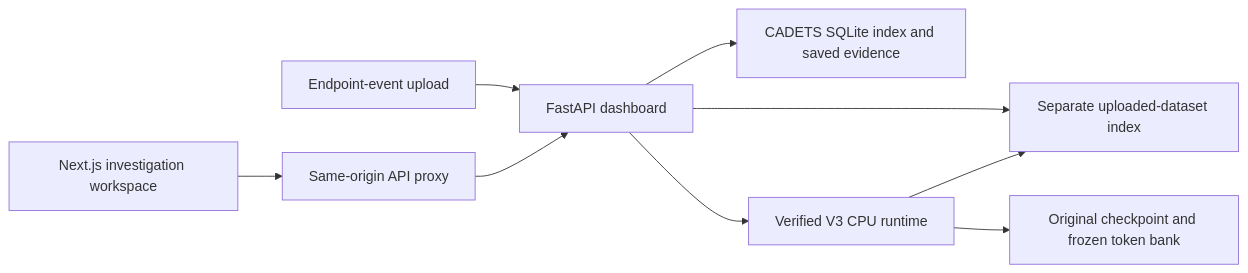
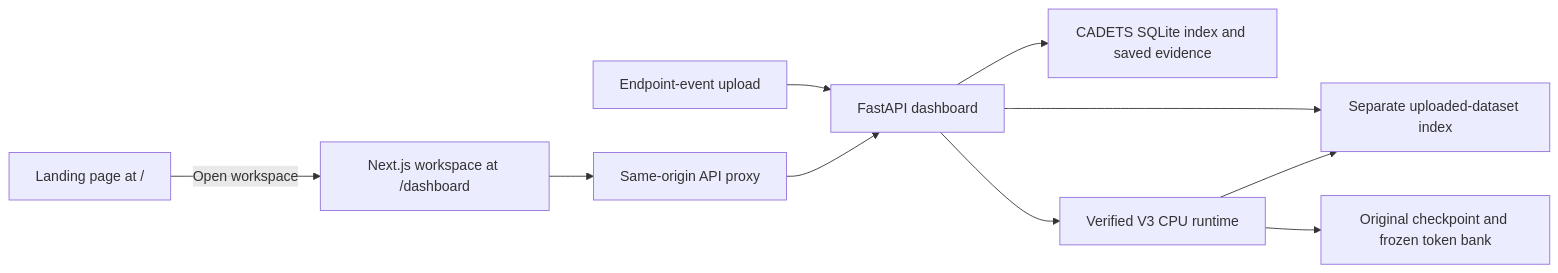
One commit to Pratham2511/TGDetect-V3 changed the diagram in docs/architecture.md. Above: the diagram before and after it, drawn with Mermaid. The commit also changed other lines of this file and 33 other files, not shown here.

Commit message:
Integrate Trace Engine landing page and route workspace to /dashboard

````diff
--- a/docs/architecture.md
+++ b/docs/architecture.md
@@ -5,11 +5,12 @@
 ```mermaid
 flowchart LR
-    UI[Next.js investigation workspace] --> Proxy[Same-origin API proxy]
+    Landing[Landing page at /] -->|Open workspace| UI[Next.js workspace at /dashboard]
+    UI --> Proxy[Same-origin API proxy]
     Proxy --> API[FastAPI dashboard]
     API --> Index[CADETS SQLite index and saved evidence]
     API --> Runtime[Verified V3 CPU runtime]
     Upload[Endpoint-event upload] --> API
     Runtime --> UploadIndex[Separate uploaded-dataset index]
     API --> UploadIndex
     Runtime --> Weights[Original checkpoint and frozen token bank]
 ```
````
